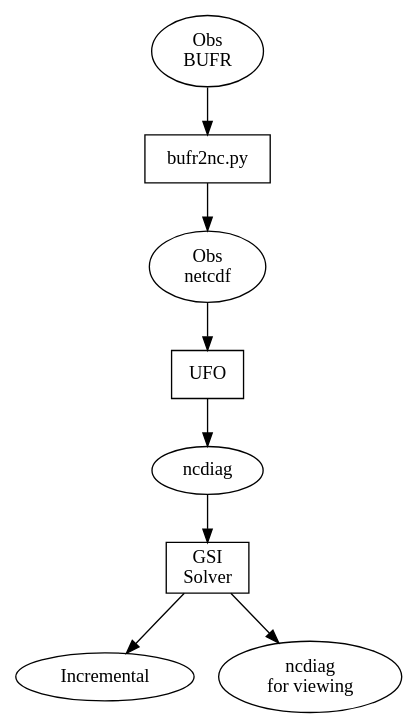
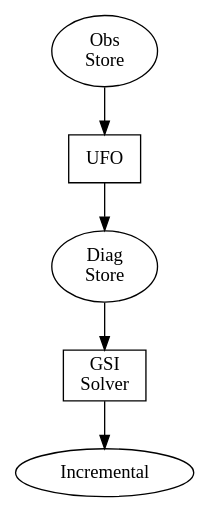
Before and after one commit to srherbener/my-diagrams: the diagram in IODA/big_picture_next.gv, drawn with Graphviz. The commit also changed 2 other files, not shown here.

Commit message:
Got the JEDI/IODA big picture diagrams completed.

```diff
--- a/IODA/big_picture_next.gv
+++ b/IODA/big_picture_next.gv
@@ -1,16 +1,11 @@
 digraph NcdiagFlow
   {
-  obs_bufr [ shape=ellipse, label="Obs\nBUFR" ];
-  obs_nc   [ shape=ellipse, label="Obs\nnetcdf" ];
-  ncd      [ shape=ellipse, label="ncdiag" ];
-  incr     [ shape=ellipse, label="Incremental" ];
-  ncd_view [ shape=ellipse, label="ncdiag\nfor viewing" ];
+  obs_store  [ shape=ellipse, label="Obs\nStore" ];
+  diag_store [ shape=ellipse, label="Diag\nStore" ];
+  incr       [ shape=ellipse, label="Incremental" ];
   
-
-  b2nc     [ shape=box, label="bufr2nc.py" ];
   gsi_sol  [ shape=box, label="GSI\nSolver" ];
   ufo      [ shape=box, label="UFO" ];
 
-  obs_bufr -> b2nc -> obs_nc -> ufo -> ncd -> gsi_sol -> incr;
-  gsi_sol -> ncd_view;
+  obs_store -> ufo -> diag_store -> gsi_sol -> incr;
   }
```
